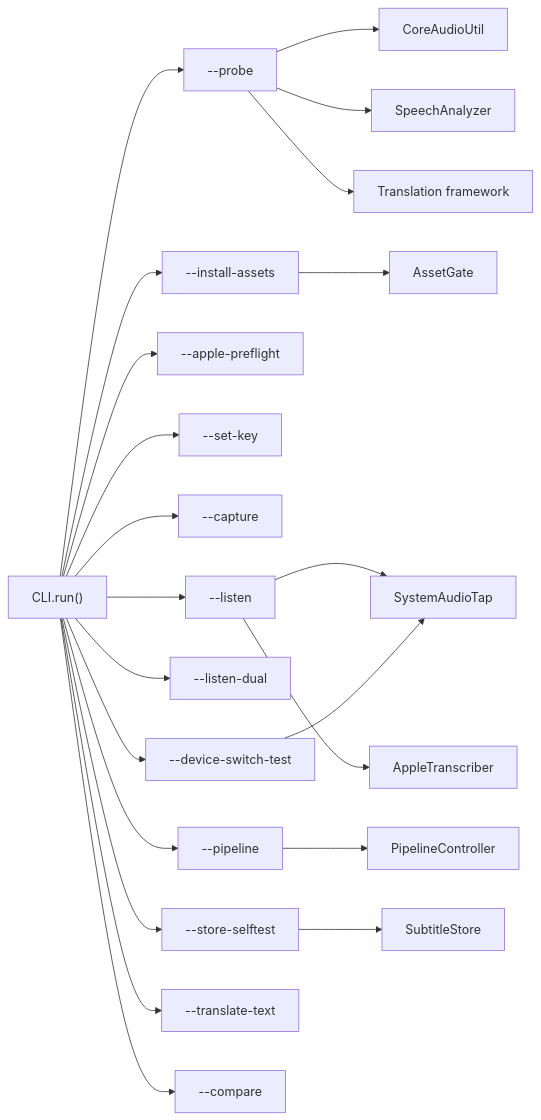
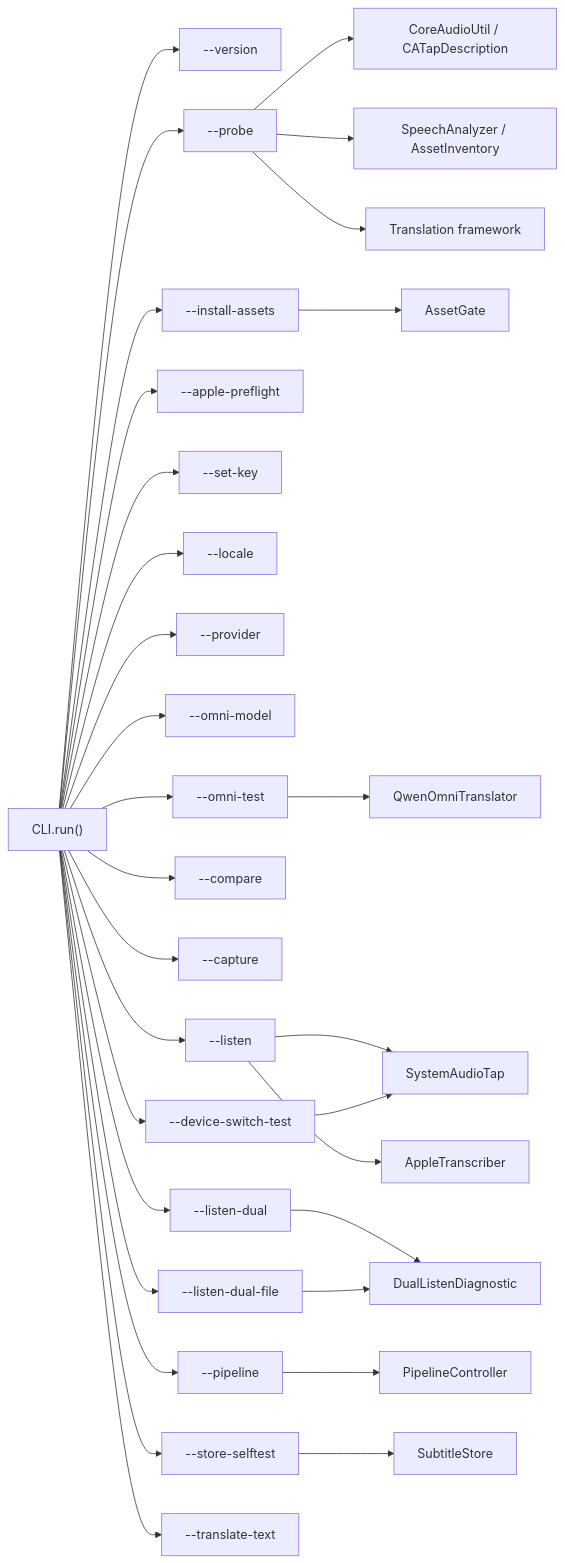
Before and after one commit to dautroc/tsuyaku: the ninth of 9 diagrams in docs/architecture.md, drawn with Mermaid. The commit also changed other lines of this file, not shown here.

Commit message:
Update the latest architecture

````diff
--- a/docs/architecture.md
+++ b/docs/architecture.md
@@ -439,26 +583,35 @@
 ```mermaid
 flowchart LR
-    CLI["CLI.run()"] --> Probe["--probe"]
+    CLI["CLI.run()"] --> Version["--version"]
+    CLI --> Probe["--probe"]
     CLI --> Install["--install-assets"]
     CLI --> Preflight["--apple-preflight"]
     CLI --> SetKey["--set-key"]
+    CLI --> Locale["--locale"]
+    CLI --> Provider["--provider"]
+    CLI --> OmniModel["--omni-model"]
+    CLI --> OmniTest["--omni-test"]
+    CLI --> Compare["--compare"]
     CLI --> Capture["--capture"]
     CLI --> Listen["--listen"]
     CLI --> ListenDual["--listen-dual"]
+    CLI --> ListenDualFile["--listen-dual-file"]
     CLI --> Pipeline["--pipeline"]
     CLI --> StoreSelfTest["--store-selftest"]
     CLI --> DeviceSwitchTest["--device-switch-test"]
     CLI --> TranslateText["--translate-text"]
-    CLI --> Compare["--compare"]
 
-    Probe --> CoreAudio["CoreAudioUtil"]
-    Probe --> Speech["SpeechAnalyzer"]
+    Probe --> CoreAudio["CoreAudioUtil / CATapDescription"]
+    Probe --> Speech["SpeechAnalyzer / AssetInventory"]
     Probe --> Translation["Translation framework"]
 
     Install --> AssetGate["AssetGate"]
     Listen --> SystemAudioTap["SystemAudioTap"]
     Listen --> AppleTranscriber["AppleTranscriber"]
+    ListenDual --> DualListenDiagnostic["DualListenDiagnostic"]
+    ListenDualFile --> DualListenDiagnostic
     Pipeline --> PipelineController["PipelineController"]
     StoreSelfTest --> SubtitleStore["SubtitleStore"]
     DeviceSwitchTest --> SystemAudioTap
+    OmniTest --> QwenOmniTranslator["QwenOmniTranslator"]
 ```
````
